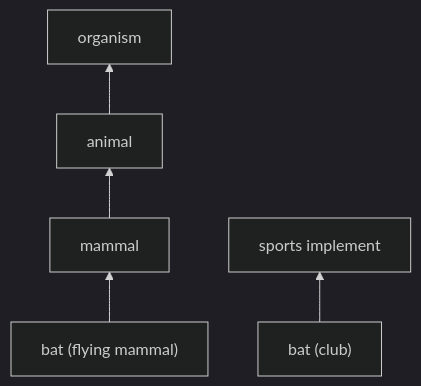
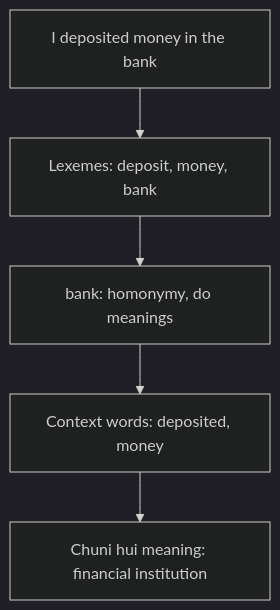
The diagram in content/natural-language-processing/pyq/2024-05-ce/q4b.hi.mdx (TrendySloth1001/sem-seven-notes), drawn with Mermaid (dark theme) before and after one commit. The commit also changed other lines of this file and 406 other files, not shown here.

````diff
--- a/content/natural-language-processing/pyq/2024-05-ce/q4b.hi.mdx
+++ b/content/natural-language-processing/pyq/2024-05-ce/q4b.hi.mdx
@@ -28,8 +17,8 @@
 ```mermaid
-%% caption: Example mein use hui WordNet "is a" chain ka ek hissa. Chuna hua bat ka sense upar ke zyada general words se juda hai.
-flowchart BT
-  B["bat (flying mammal)"] --> M["mammal"]
-  M --> A["animal"]
-  A --> O["organism"]
-  B2["bat (club)"] --> T["sports implement"]
+%% caption: Example sentence ka lexical semantic analysis.
+flowchart TD
+  A["I deposited money in the bank"] --> B["Lexemes: deposit, money, bank"]
+  B --> C["bank: homonymy, do meanings"]
+  C --> D["Context words: deposited, money"]
+  D --> E["Chuni hui meaning: financial institution"]
 ```
````
